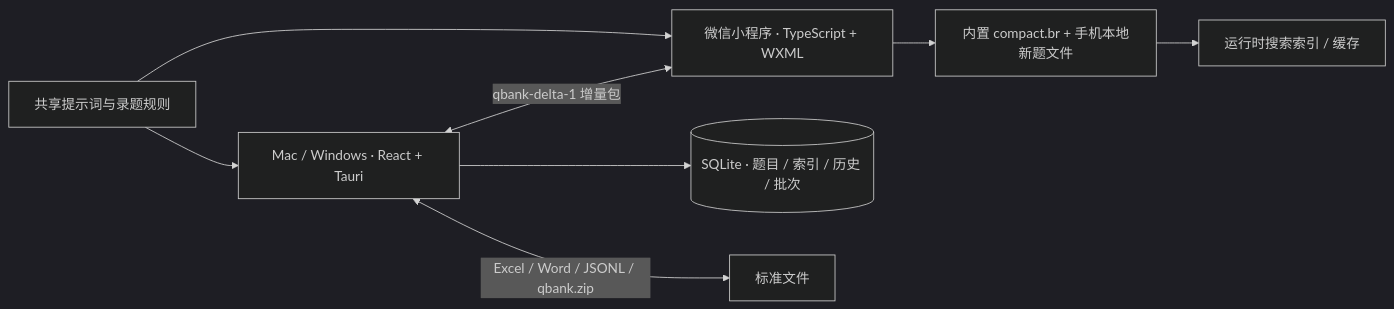
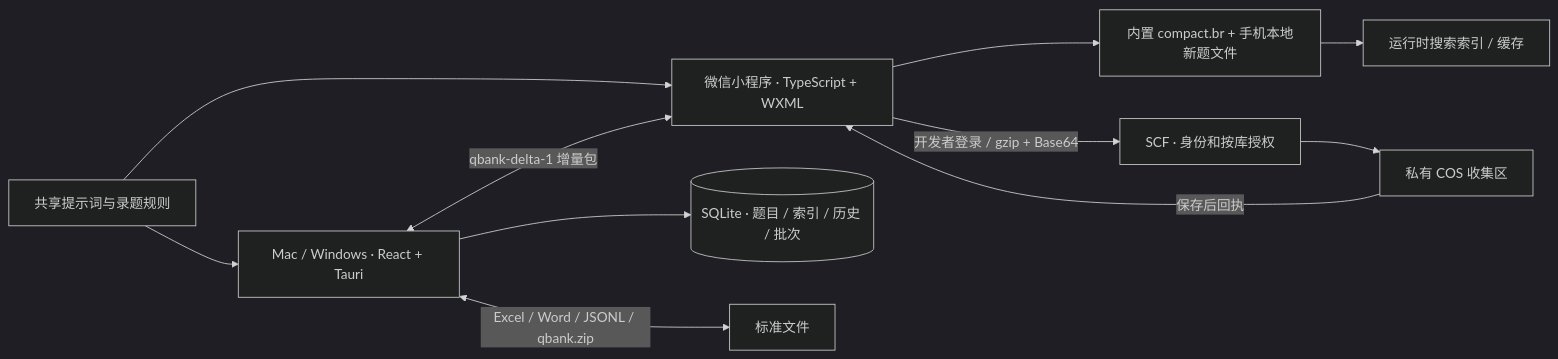
Before and after one commit to qingye0312-cpu/question-bank: the first of 2 diagrams in 开发文档.md, drawn with Mermaid (dark theme). The commit also changed other lines of this file and 17 other files, not shown here.

````diff
--- a/开发文档.md
+++ b/开发文档.md
@@ -120,10 +121,13 @@
 ```mermaid
 flowchart LR
   T[共享提示词与录题规则] --> D[Mac / Windows · React + Tauri]
   T --> M[微信小程序 · TypeScript + WXML]
   D --> DB[(SQLite · 题目 / 索引 / 历史 / 批次)]
   M --> F[内置 compact.br + 手机本地新题文件]
+  M -->|开发者登录 / gzip + Base64| A[SCF · 身份和按库授权]
+  A --> C[私有 COS 收集区]
+  C -->|保存后回执| M
   F --> I[运行时搜索索引 / 缓存]
   D <-->|qbank-delta-1 增量包| M
   D <-->|Excel / Word / JSONL / qbank.zip| E[标准文件]
 ```
````
